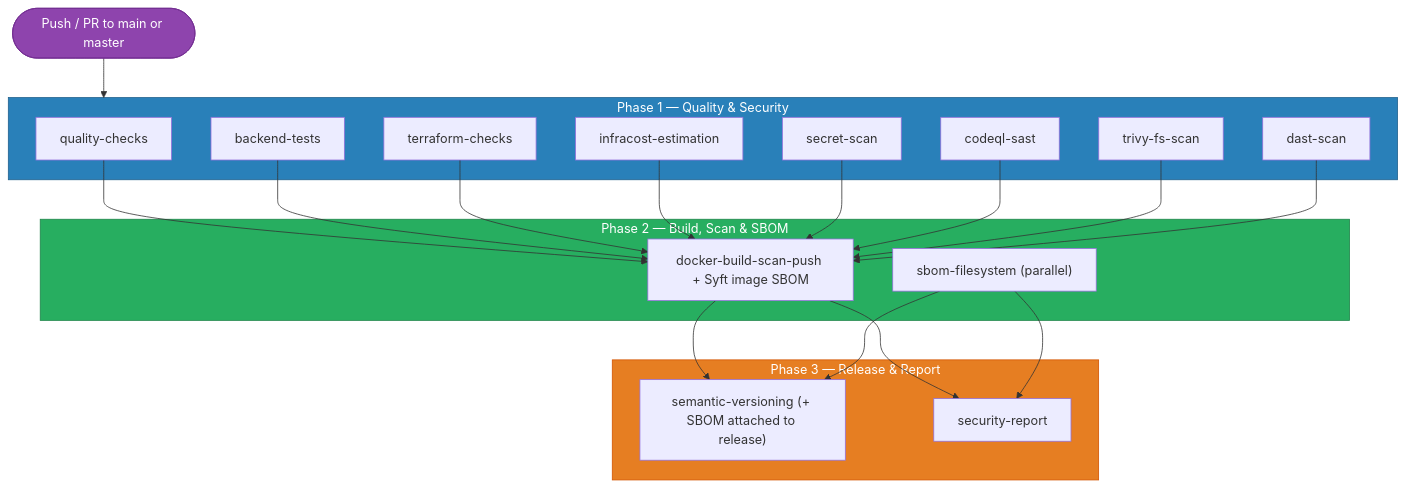
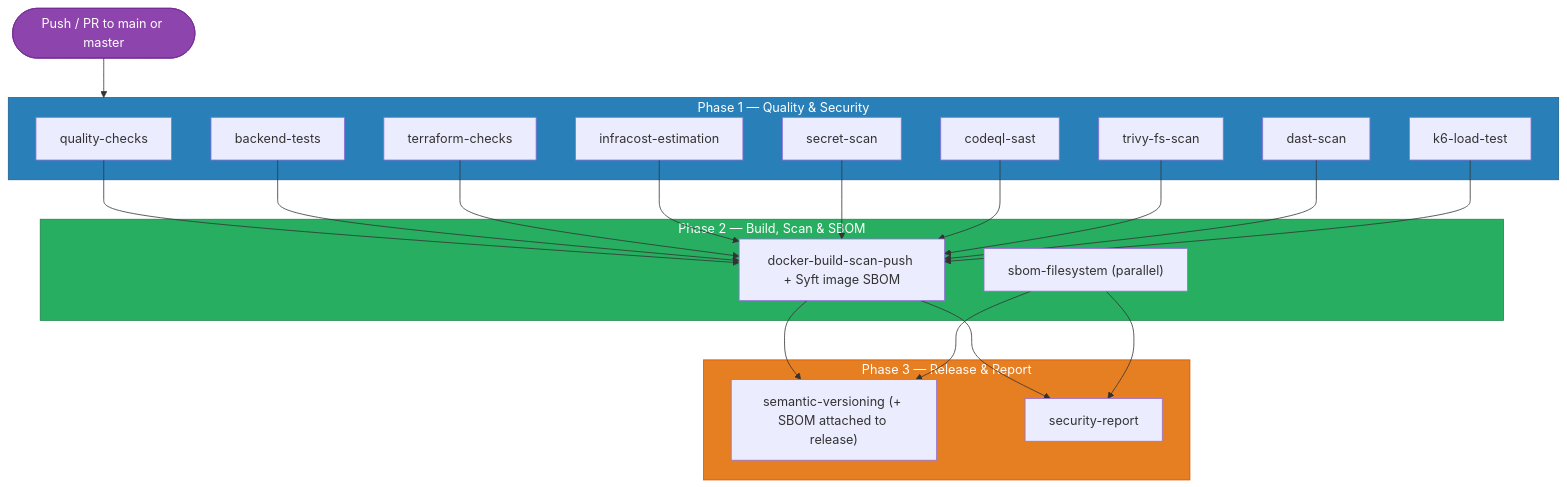
The diagram in docs/devops/unified-pipeline.md (Kalpanapramodya97/consistium), drawn with Mermaid before and after one commit. The commit also changed other lines of this file and 1 other file, not shown here.

Commit message:
docs: update devops documentation to include k6 load testing

````diff
--- a/docs/devops/unified-pipeline.md
+++ b/docs/devops/unified-pipeline.md
@@ -11,37 +11,38 @@
 ```mermaid
 flowchart TD
     trigger(["Push / PR to main or master"])
 
     subgraph phase1 ["Phase 1 — Quality & Security"]
         qc["quality-checks"]
         bt["backend-tests"]
         tc["terraform-checks"]
         ie["infracost-estimation"]
         ss["secret-scan"]
         sast["codeql-sast"]
         fs["trivy-fs-scan"]
         dast["dast-scan"]
+        k6["k6-load-test"]
     end
 
     subgraph phase2 ["Phase 2 — Build, Scan & SBOM"]
         docker["docker-build-scan-push + Syft image SBOM"]
         sbomfs["sbom-filesystem (parallel)"]
     end
 
     subgraph phase3 ["Phase 3 — Release & Report"]
         semver["semantic-versioning (+ SBOM attached to release)"]
         report["security-report"]
     end
 
     trigger --> phase1
-    qc & bt & tc & ie & ss & sast & fs & dast --> docker
+    qc & bt & tc & ie & ss & sast & fs & dast & k6 --> docker
     docker --> semver
     sbomfs --> semver
     docker --> report
     sbomfs --> report
 
     style trigger fill:#8e44ad,stroke:#732d91,color:#fff
     style phase1 fill:#2980b9,stroke:#1f618d,color:#fff
     style phase2 fill:#27ae60,stroke:#1e8449,color:#fff
     style phase3 fill:#e67e22,stroke:#d35400,color:#fff
 ```
````
